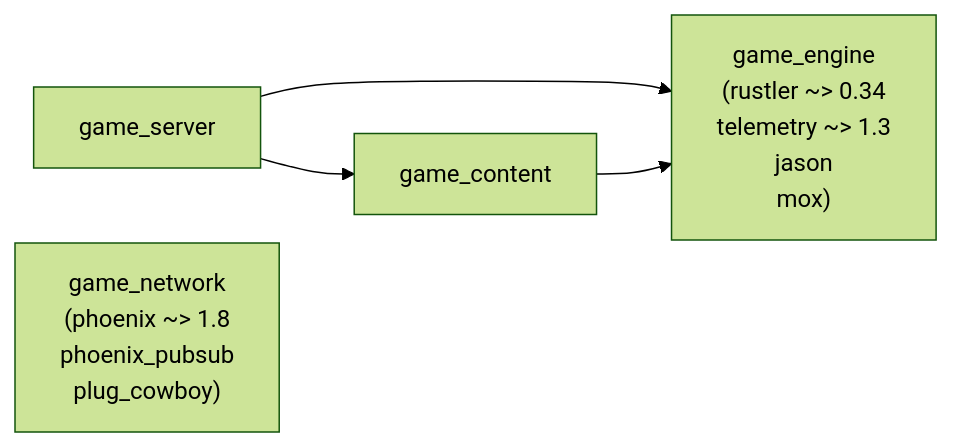
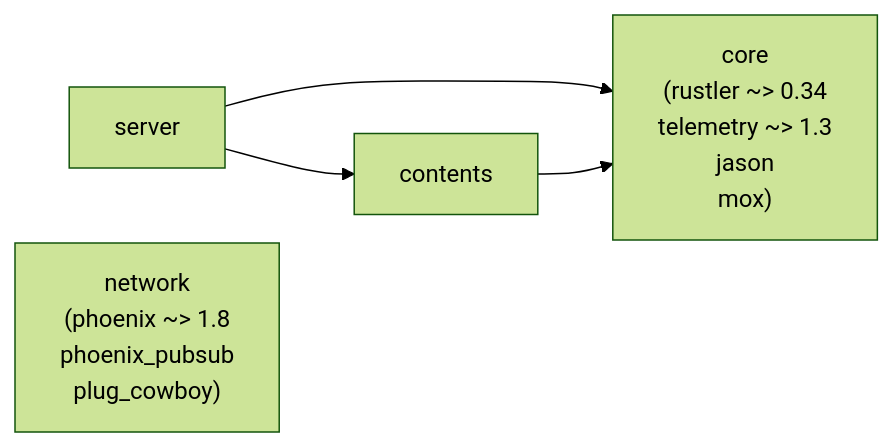
The fifth of 5 diagrams in docs/elixir-layer.md (FRICK-ELDY/alchemy-engine), drawn with Mermaid (forest theme) before and after one commit. The commit also changed other lines of this file and 13 other files, not shown here.

Commit message:
refactor: content-engine rename Phase 6 — CI・docs・rules の旧名称を新名称に統一

````diff
--- a/docs/elixir-layer.md
+++ b/docs/elixir-layer.md
@@ -414,11 +414,11 @@
 ```mermaid
 graph LR
-    GS[game_server]
-    GE["game_engine\n(rustler ~> 0.34\ntelemetry ~> 1.3\njason\nmox)"]
-    GC[game_content]
-    GN["game_network\n(phoenix ~> 1.8\nphoenix_pubsub\nplug_cowboy)"]
+    GS[server]
+    GE["core\n(rustler ~> 0.34\ntelemetry ~> 1.3\njason\nmox)"]
+    GC[contents]
+    GN["network\n(phoenix ~> 1.8\nphoenix_pubsub\nplug_cowboy)"]
 
     GS --> GE
     GS --> GC
     GC --> GE
 ```
````
